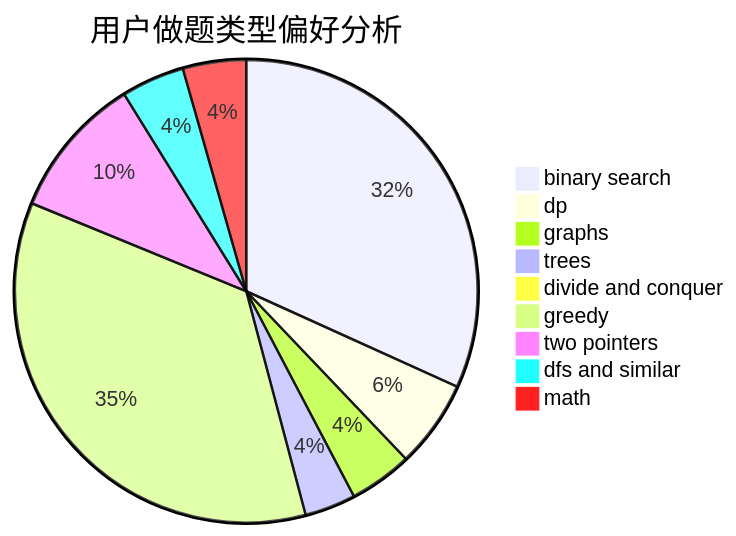
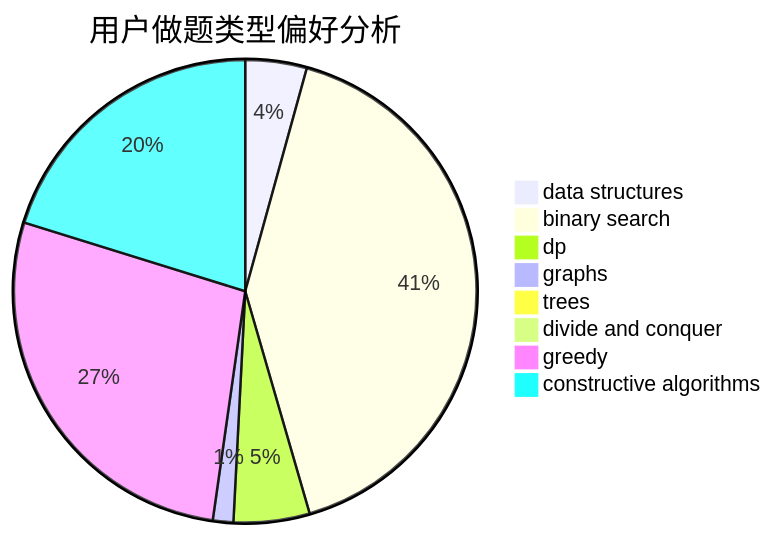
One commit to sherpahu/cfrs.github.io changed the second of 3 diagrams in docs/user/u2605.md. Above: the diagram before and after it, drawn with Mermaid. The commit also changed other lines of this file and 2775 other files, not shown here.

````diff
--- a/docs/user/u2605.md
+++ b/docs/user/u2605.md
@@ -23,12 +23,11 @@
 ```mermaid
 pie title 用户做题类型偏好分析
-    "binary search" :  223
-    "dp" :  43
-    "graphs" :  31
-    "trees" :  25
-    "divide and conquer" :  1
-    "greedy" :  248
-    "two pointers" :  70
-    "dfs and similar" :  31
-    "math" :  31
+    "data structures" :  21
+    "binary search" :  202
+    "dp" :  26
+    "graphs" :  7
+    "trees" :  2
+    "divide and conquer" :  0
+    "greedy" :  135
+    "constructive algorithms" :  99
 ```
````
